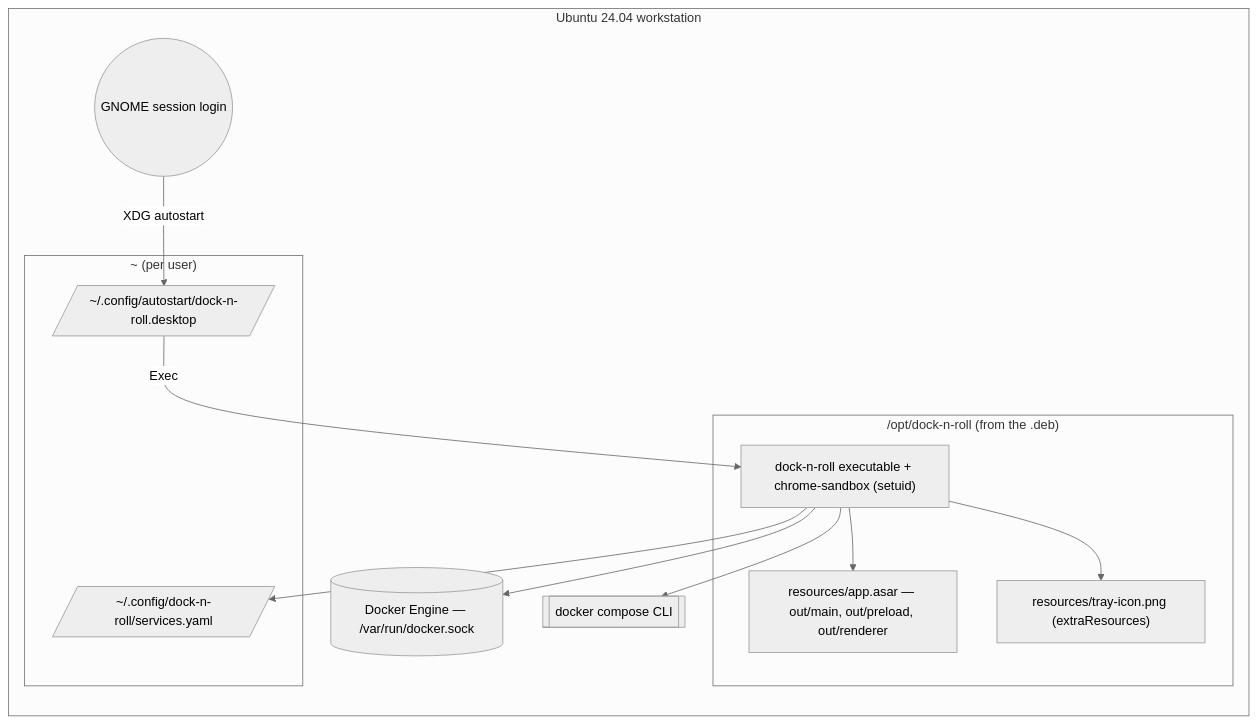
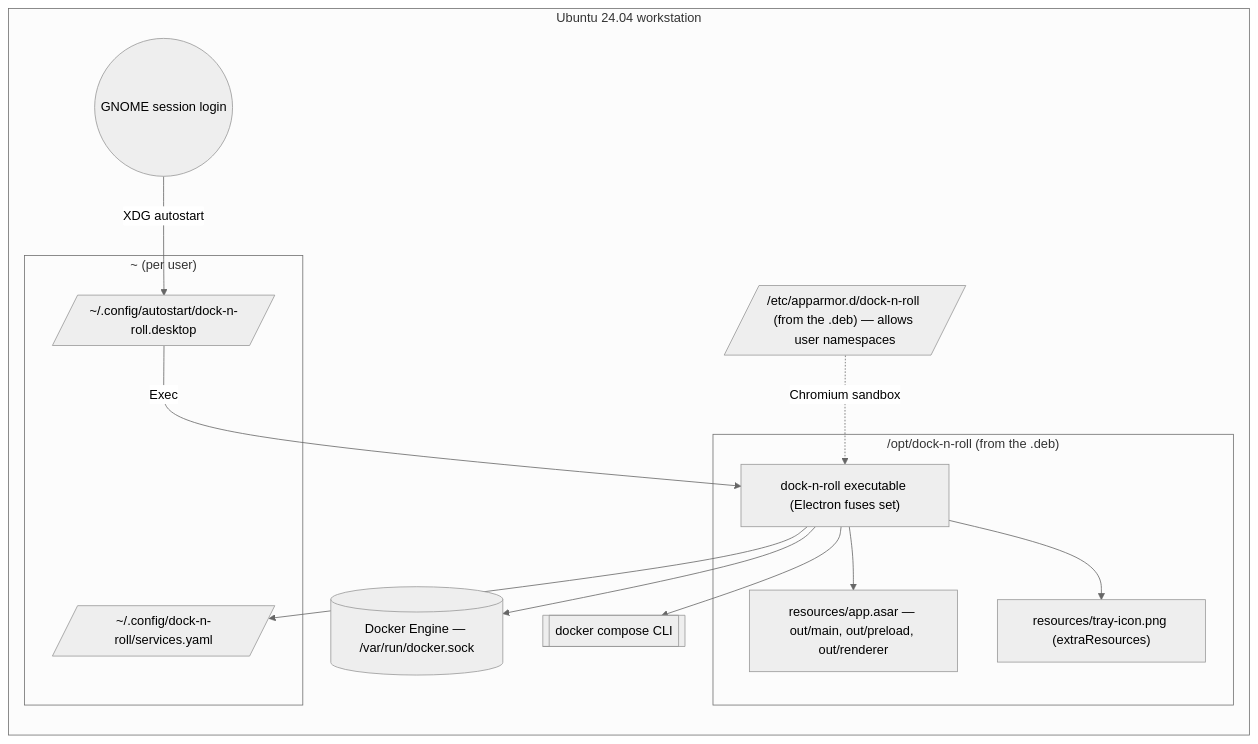
The diagram in docs/architecture/diagrams/launcher/10-deployment.md (benoit-bremaud/dock-n-roll), drawn with Mermaid (neutral theme) before and after one commit. The commit also changed 9 other files, not shown here.

````diff
--- a/docs/architecture/diagrams/launcher/10-deployment.md
+++ b/docs/architecture/diagrams/launcher/10-deployment.md
@@ -12,24 +12,26 @@
 ```mermaid
 flowchart LR
   subgraph Workstation ["Ubuntu 24.04 workstation"]
     subgraph Opt ["/opt/dock-n-roll (from the .deb)"]
-      Exe["dock-n-roll executable + chrome-sandbox (setuid)"]
+      Exe["dock-n-roll executable (Electron fuses set)"]
       Asar["resources/app.asar — out/main, out/preload, out/renderer"]
       Icon["resources/tray-icon.png (extraResources)"]
     end
+    AppArmor[/"/etc/apparmor.d/dock-n-roll (from the .deb) — allows user namespaces"/]
     subgraph Home ["~ (per user)"]
       Autostart[/"~/.config/autostart/dock-n-roll.desktop"/]
       Pins[/"~/.config/dock-n-roll/services.yaml"/]
     end
     Session(("GNOME session login"))
     Docker[("Docker Engine — /var/run/docker.sock")]
     CLI[["docker compose CLI"]]
   end
   Session -->|"XDG autostart"| Autostart
   Autostart -->|"Exec"| Exe
+  AppArmor -.->|"Chromium sandbox"| Exe
   Exe --> Asar
   Exe --> Icon
   Exe --> Pins
   Exe --> Docker
   Exe --> CLI
 ```
````
